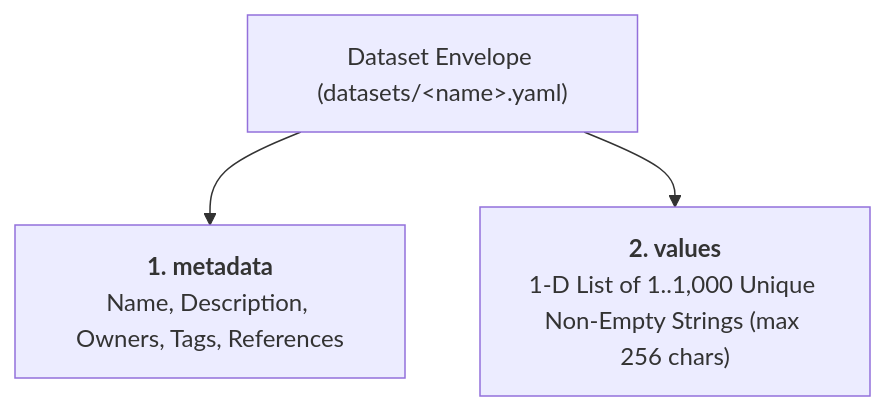
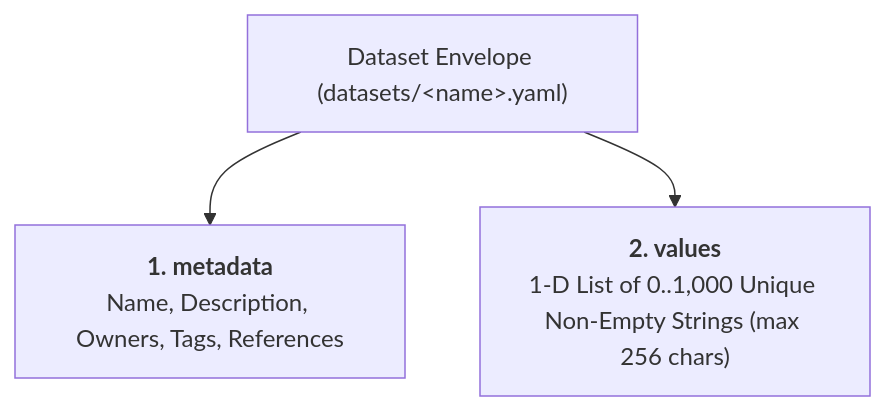
The fifth of 5 diagrams in docs/analysts/rule_authoring.md (lopes/graft), drawn with Mermaid before and after one commit. The commit also changed other lines of this file and 24 other files, not shown here.

````diff
--- a/docs/analysts/rule_authoring.md
+++ b/docs/analysts/rule_authoring.md
@@ -466,6 +466,6 @@
 ```mermaid
 flowchart TD
     ROOT["Dataset Envelope (datasets/&lt;name&gt;.yaml)"]
     ROOT --> B1["<b>1. metadata</b><br/>Name, Description, Owners, Tags, References"]
-    ROOT --> B2["<b>2. values</b><br/>1-D List of 1..1,000 Unique Non-Empty Strings (max 256 chars)"]
+    ROOT --> B2["<b>2. values</b><br/>1-D List of 0..1,000 Unique Non-Empty Strings (max 256 chars)"]
 ```
````
